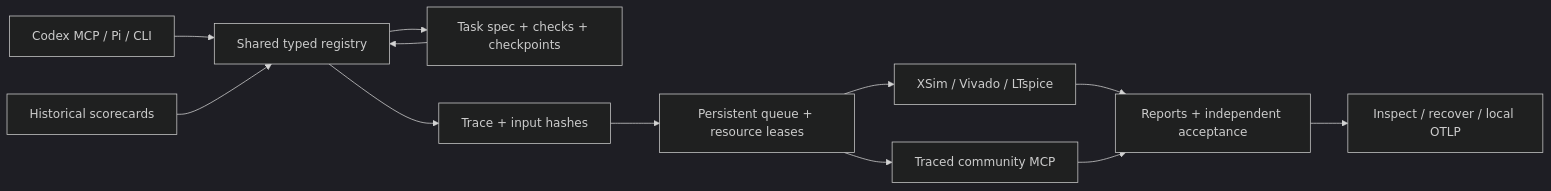
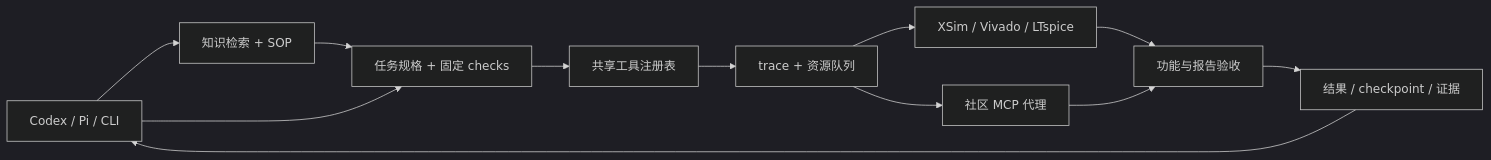
The diagram in README.md (Sanssssssssssssssss/native-eda-agent), drawn with Mermaid (dark theme) before and after one commit. The commit also changed other lines of this file and 52 other files, not shown here.

````diff
--- a/README.md
+++ b/README.md
@@ -56,14 +34,14 @@
 ```mermaid
 flowchart LR
-  A[Codex MCP / Pi / CLI] --> B[Shared typed registry]
-  B --> W[Task spec + checks + checkpoints]
-  W --> B
-  B --> C[Trace + input hashes]
-  C --> D[Persistent queue + resource leases]
-  D --> E[XSim / Vivado / LTspice]
-  D --> F[Traced community MCP]
-  E --> G[Reports + independent acceptance]
-  F --> G
-  G --> H[Inspect / recover / local OTLP]
-  I[Historical scorecards] --> B
+  A[Codex / Pi / CLI] --> K[知识检索 + SOP]
+  K --> W[任务规格 + 固定 checks]
+  A --> W
+  W --> R[共享工具注册表]
+  R --> Q[trace + 资源队列]
+  Q --> E[XSim / Vivado / LTspice]
+  Q --> M[社区 MCP 代理]
+  E --> V[功能与报告验收]
+  M --> V
+  V --> T[结果 / checkpoint / 证据]
+  T --> A
 ```
````
